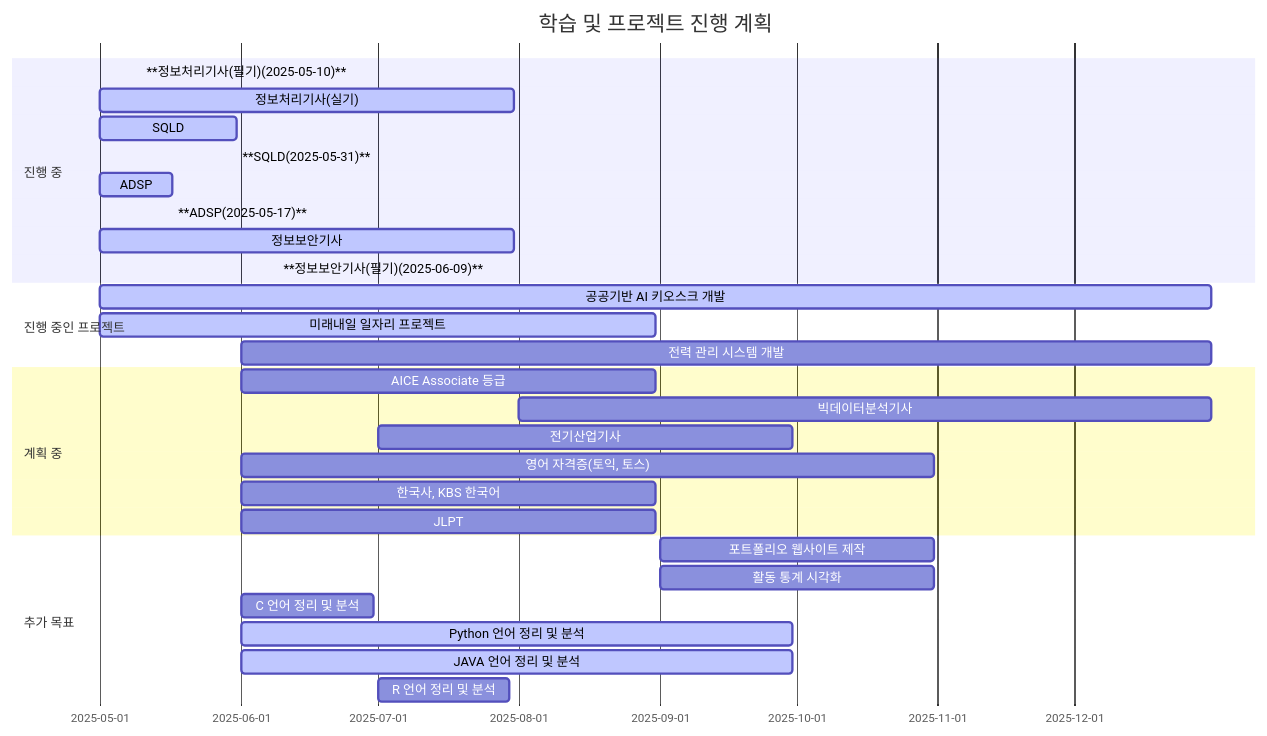
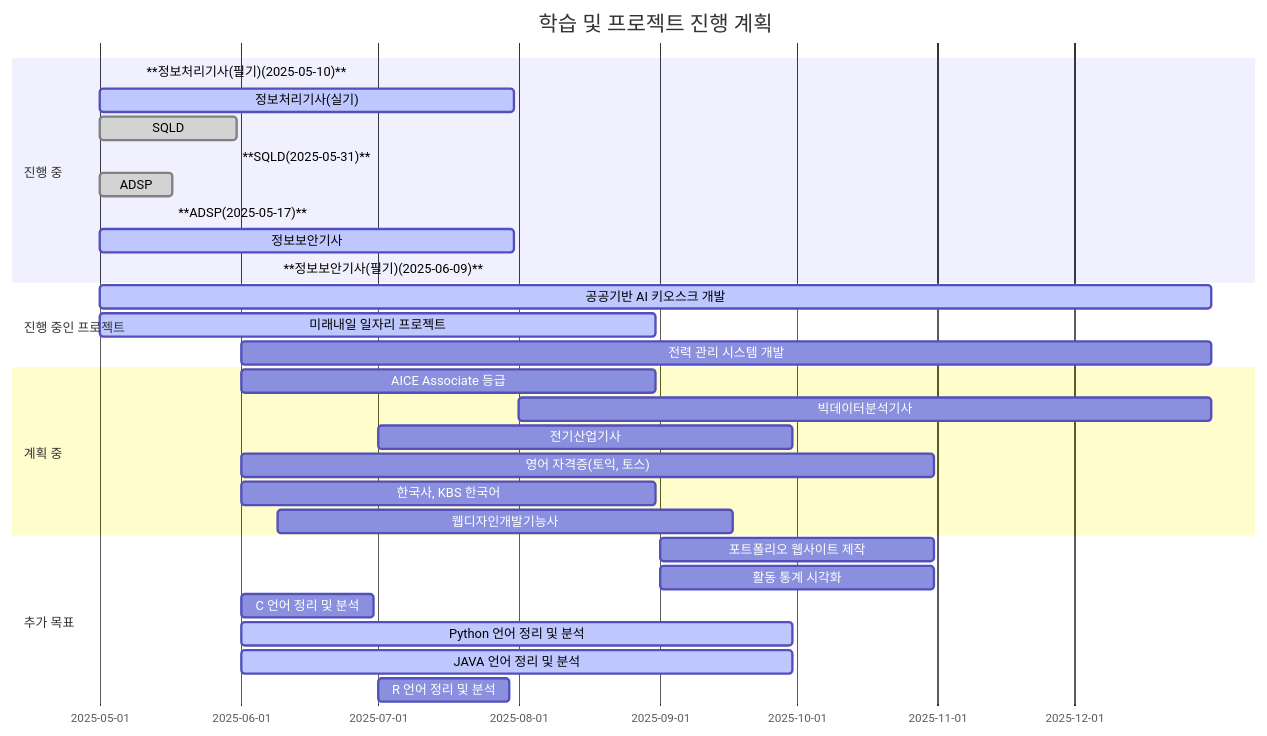
One commit to skwjdgh/skwjdgh changed the diagram in README.md. Above: the diagram before and after it, drawn with Mermaid. The commit also changed other lines of this file, not shown here.

````diff
--- a/README.md
+++ b/README.md
@@ -214,37 +213,37 @@
 ```mermaid
 gantt
   title 학습 및 프로젝트 진행 계획
   dateFormat  YYYY-MM-DD
 
   section 진행 중
   **정보처리기사(필기)(2025-05-10)**       :done, 2025-05-10, 2025-05-10
   정보처리기사(실기)                       :active, 2025-05-01, 2025-07-31
-  SQLD                                    :active, 2025-05-01, 2025-05-31
-  **SQLD(2025-05-31)**                    :active, 2025-05-31, 2025-05-31
-  ADSP                                    :active, 2025-05-01, 2025-05-17
+  SQLD                                    :done, 2025-05-01, 2025-05-31
+  **SQLD(2025-05-31)**                    :done, 2025-05-31, 2025-05-31
+  ADSP                                    :done, 2025-05-01, 2025-05-17
   **ADSP(2025-05-17)**                    :done, 2025-05-17, 2025-05-17
   정보보안기사                             :active, 2025-05-01, 2025-07-31
   **정보보안기사(필기)(2025-06-09)**                    :active, 2025-06-09, 2025-06-09
 
   section 진행 중인 프로젝트
-  공공기반 AI 키오스크 개발  :active, 2025-05-01, 2025-12-31
-  미래내일 일자리 프로젝트   :active, 2025-05-01, 2025-08-31
-  전력 관리 시스템 개발    :planned, 2025-06-01, 2025-12-31
+  공공기반 AI 키오스크 개발                 :active, 2025-05-01, 2025-12-31
+  미래내일 일자리 프로젝트                   :active, 2025-05-01, 2025-08-31
+  전력 관리 시스템 개발                     :planned, 2025-06-01, 2025-12-31
 
   section 계획 중
   AICE Associate 등급                     :planned, 2025-06-01, 2025-08-31
   빅데이터분석기사                          :planned, 2025-08-01, 2025-12-31
   전기산업기사                             :planned, 2025-07-01, 2025-09-30
-  영어 자격증(토익, 토스)                  :planned, 2025-06-01, 2025-10-31
+  영어 자격증(토익, 토스)                   :planned, 2025-06-01, 2025-10-31
   한국사, KBS 한국어                        :planned, 2025-06-01, 2025-08-31
-  JLPT                                     :planned, 2025-06-01, 2025-08-31
+  웹디자인개발기능사                        :planned, 2025-06-09, 2025-09-17
 
   section 추가 목표
-  포트폴리오 웹사이트 제작  :planned, 2025-09-01, 2025-10-31
-  활동 통계 시각화         :planned, 2025-09-01, 2025-10-31
-  C 언어 정리 및 분석      :planned, 2025-06-01, 2025-06-30
-  Python 언어 정리 및 분석        :active, 2025-06-01, 2025-09-30
-  JAVA 언어 정리 및 분석        :active, 2025-06-01, 2025-09-30
-  R 언어 정리 및 분석      :planned, 2025-07-01, 2025-07-30
+  포트폴리오 웹사이트 제작                  :planned, 2025-09-01, 2025-10-31
+  활동 통계 시각화                          :planned, 2025-09-01, 2025-10-31
+  C 언어 정리 및 분석                      :planned, 2025-06-01, 2025-06-30
+  Python 언어 정리 및 분석                 :active, 2025-06-01, 2025-09-30
+  JAVA 언어 정리 및 분석                   :active, 2025-06-01, 2025-09-30
+  R 언어 정리 및 분석                      :planned, 2025-07-01, 2025-07-30
 
 ```
````
